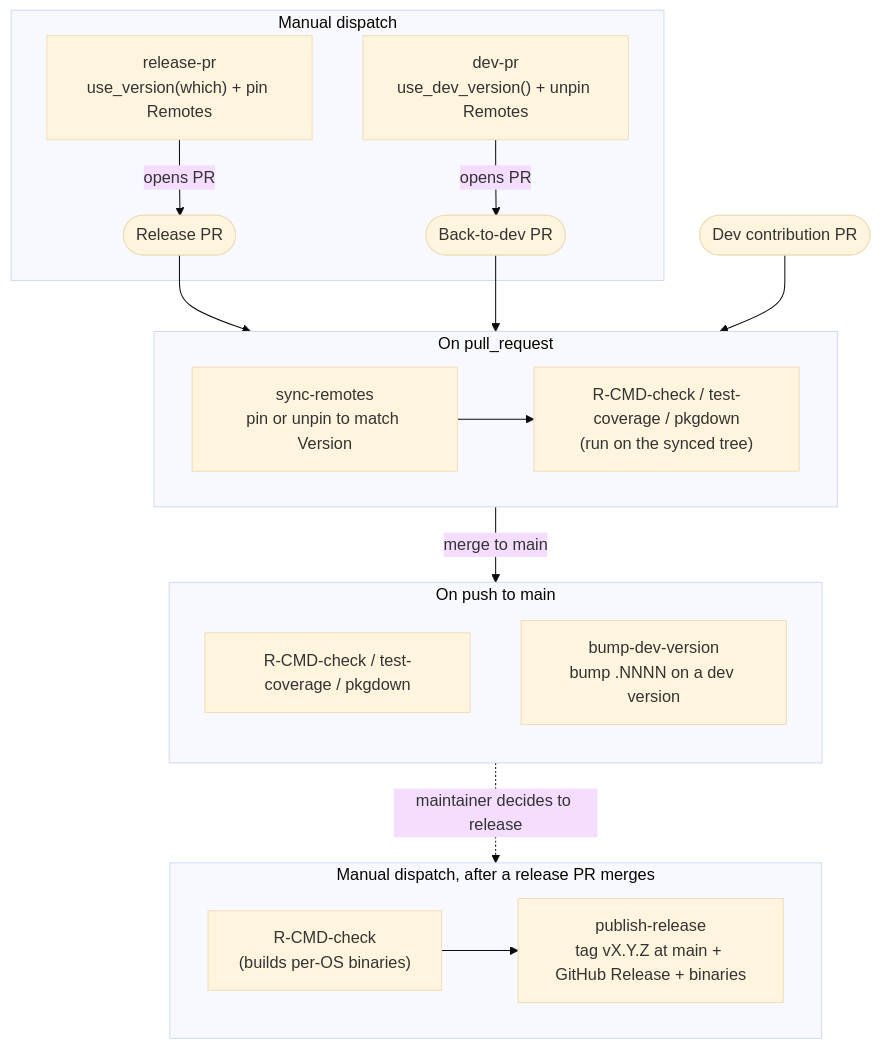
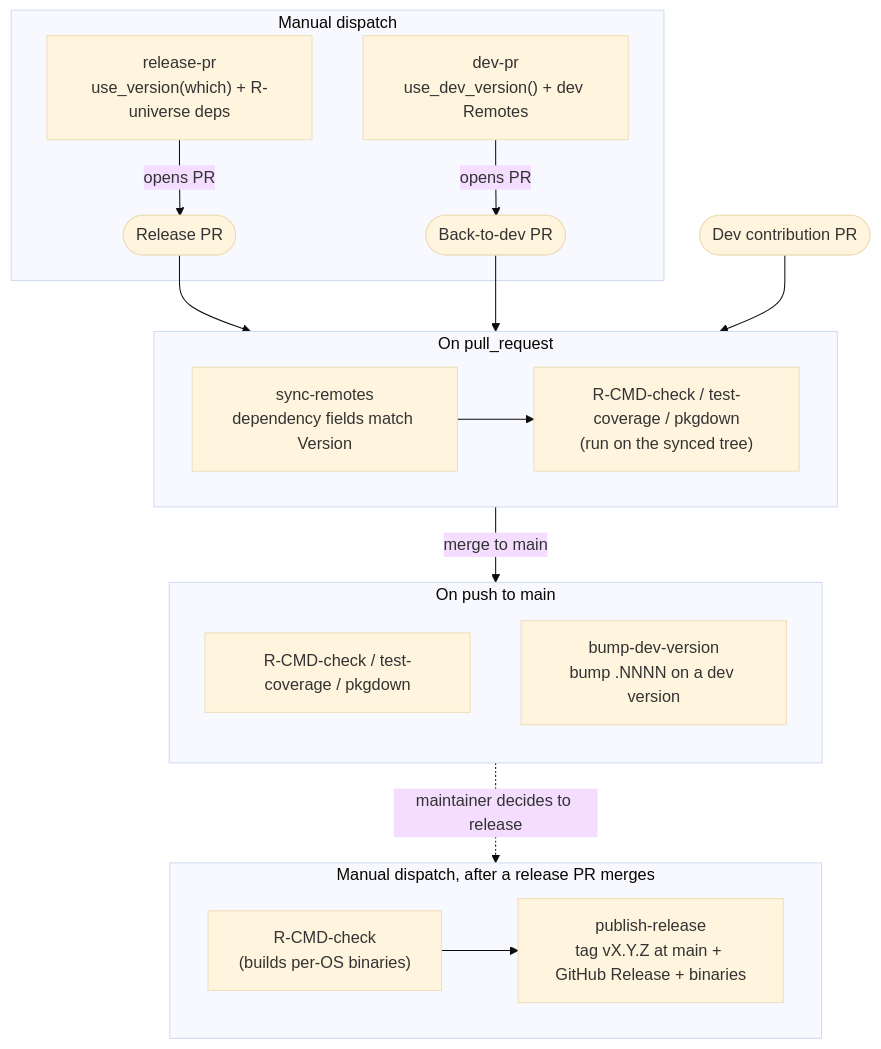
Before and after one commit to Open-Systems-Pharmacology/Workflows: the diagram in README.md, drawn with Mermaid (base theme). The commit also changed other lines of this file and 11 other files, not shown here.

First line of the commit message:
Resolve OSP dependencies from GitHub on dev and from the R-universe on release

````diff
--- a/README.md
+++ b/README.md
@@ -246,29 +270,29 @@
 ```mermaid
 flowchart TD
     subgraph dispatch["Manual dispatch"]
-      RPR["release-pr<br/>use_version(which) + pin Remotes"] -->|opens PR| RELPR(["Release PR"])
-      DPR["dev-pr<br/>use_dev_version() + unpin Remotes"] -->|opens PR| DEVPR(["Back-to-dev PR"])
+      RPR["release-pr<br/>use_version(which) + R-universe deps"] -->|opens PR| RELPR(["Release PR"])
+      DPR["dev-pr<br/>use_dev_version() + dev Remotes"] -->|opens PR| DEVPR(["Back-to-dev PR"])
     end
 
     subgraph pr["On pull_request"]
-      SYNC["sync-remotes<br/>pin or unpin to match Version"] --> CHECK["R-CMD-check / test-coverage / pkgdown<br/>(run on the synced tree)"]
+      SYNC["sync-remotes<br/>dependency fields match Version"] --> CHECK["R-CMD-check / test-coverage / pkgdown<br/>(run on the synced tree)"]
     end
 
     RELPR --> pr
     DEVPR --> pr
     CONTRIB(["Dev contribution PR"]) --> pr
 
     pr -->|merge to main| MERGE
 
     subgraph MERGE["On push to main"]
       direction TB
       MCHECK["R-CMD-check / test-coverage / pkgdown"]
       BUMP["bump-dev-version<br/>bump .NNNN on a dev version"]
     end
 
     subgraph publish["Manual dispatch, after a release PR merges"]
       PCHECK["R-CMD-check<br/>(builds per-OS binaries)"] --> PUB["publish-release<br/>tag vX.Y.Z at main + GitHub Release + binaries"]
     end
 
     MERGE -.->|maintainer decides to release| publish
 ```
````
